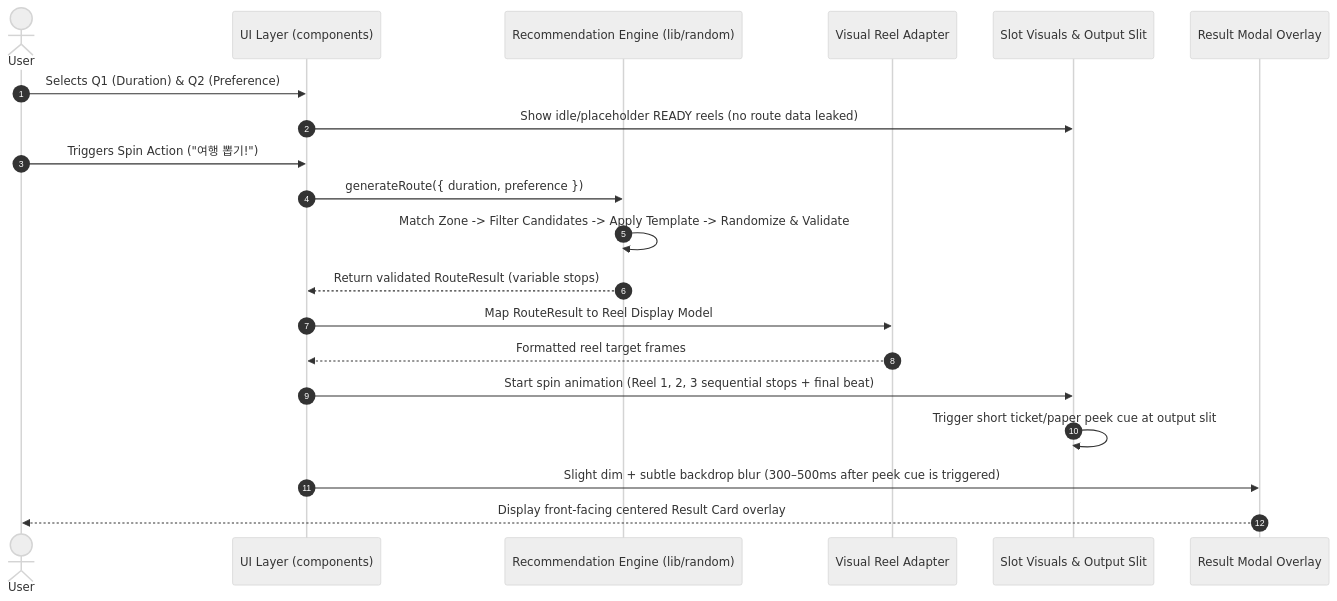
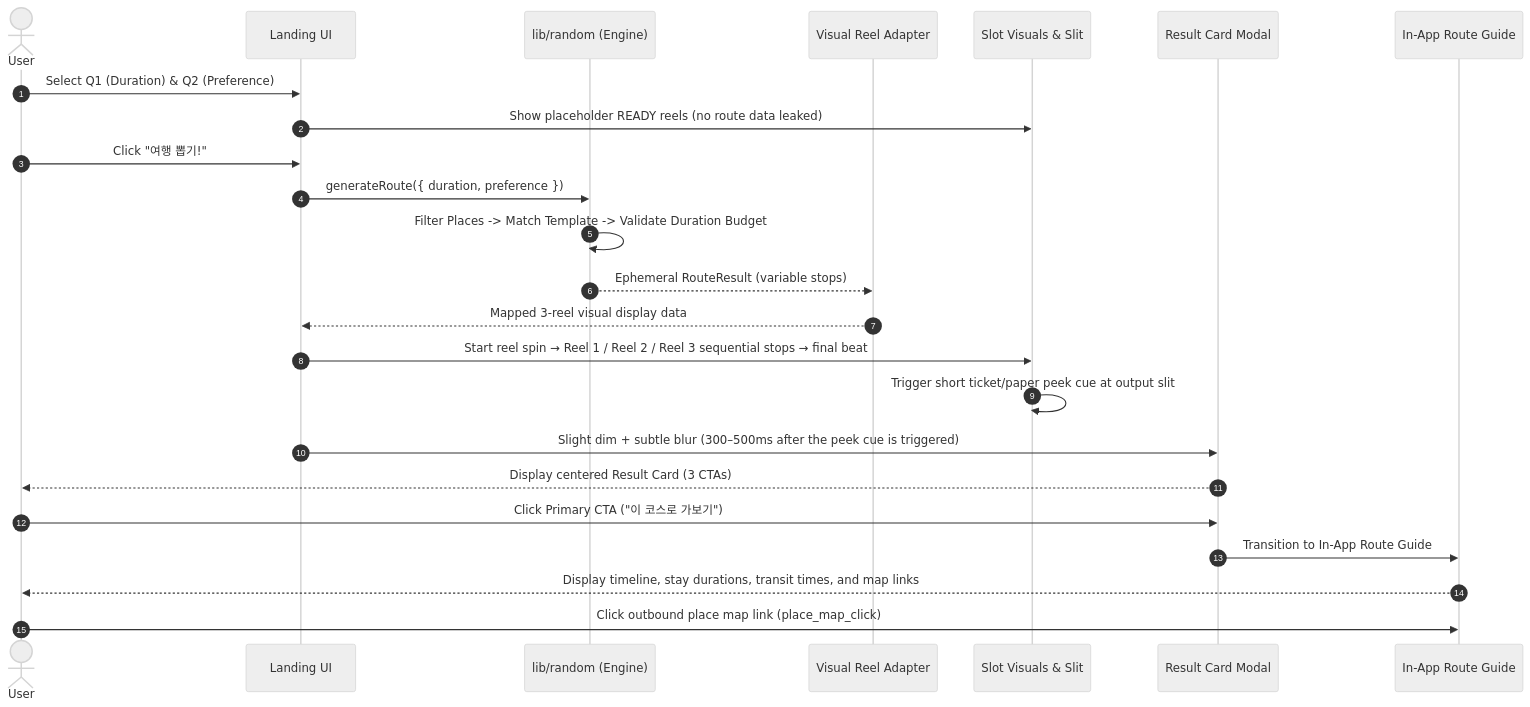
Before and after one commit to devchanz/daejeon-random-trip: the first of 3 diagrams in docs/ARCHITECTURE.md, drawn with Mermaid (neutral theme). The commit also changed other lines of this file and 4 other files, not shown here.

````diff
--- a/docs/ARCHITECTURE.md
+++ b/docs/ARCHITECTURE.md
@@ -85,23 +97,27 @@
 ```mermaid
 sequenceDiagram
     autonumber
     actor User
-    participant UI as UI Layer (components)
-    participant Engine as Recommendation Engine (lib/random)
+    participant UI as Landing UI
+    participant Engine as lib/random (Engine)
     participant Adapter as Visual Reel Adapter
-    participant Slot as Slot Visuals & Output Slit
-    participant Overlay as Result Modal Overlay
+    participant Slot as Slot Visuals & Slit
+    participant Modal as Result Card Modal
+    participant Guide as In-App Route Guide
     
-    User->>UI: Selects Q1 (Duration) & Q2 (Preference)
-    UI->>Slot: Show idle/placeholder READY reels (no route data leaked)
-    User->>UI: Triggers Spin Action ("여행 뽑기!")
+    User->>UI: Select Q1 (Duration) & Q2 (Preference)
+    UI->>Slot: Show placeholder READY reels (no route data leaked)
+    User->>UI: Click "여행 뽑기!"
     UI->>Engine: generateRoute({ duration, preference })
-    Engine->>Engine: Match Zone -> Filter Candidates -> Apply Template -> Randomize & Validate
-    Engine-->>UI: Return validated RouteResult (variable stops)
-    UI->>Adapter: Map RouteResult to Reel Display Model
-    Adapter-->>UI: Formatted reel target frames
-    UI->>Slot: Start spin animation (Reel 1, 2, 3 sequential stops + final beat)
+    Engine->>Engine: Filter Places -> Match Template -> Validate Duration Budget
+    Engine-->>Adapter: Ephemeral RouteResult (variable stops)
+    Adapter-->>UI: Mapped 3-reel visual display data
+    UI->>Slot: Start reel spin → Reel 1 / Reel 2 / Reel 3 sequential stops → final beat
     Slot->>Slot: Trigger short ticket/paper peek cue at output slit
-    UI->>Overlay: Slight dim + subtle backdrop blur (300–500ms after peek cue is triggered)
-    Overlay-->>User: Display front-facing centered Result Card overlay
+    UI->>Modal: Slight dim + subtle blur (300–500ms after the peek cue is triggered)
+    Modal-->>User: Display centered Result Card (3 CTAs)
+    User->>Modal: Click Primary CTA ("이 코스로 가보기")
+    Modal->>Guide: Transition to In-App Route Guide
+    Guide-->>User: Display timeline, stay durations, transit times, and map links
+    User->>Guide: Click outbound place map link (place_map_click)
 ```
````
